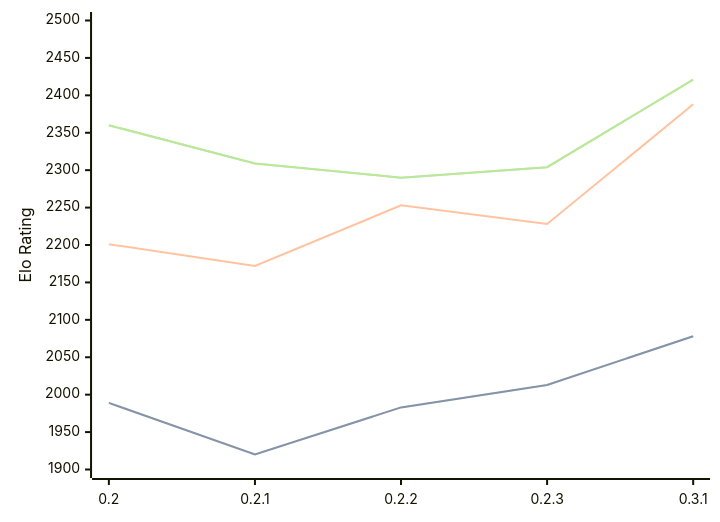
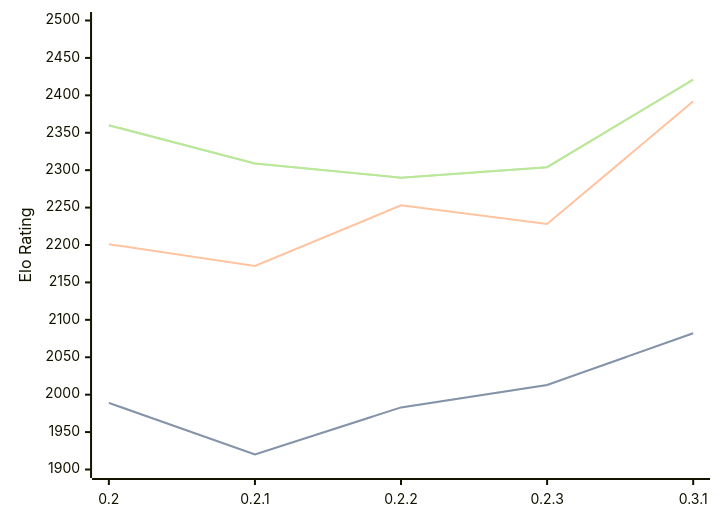
Before and after one commit to computer-chess-index/cci: the diagram in engines/Lolbot.md, drawn with Mermaid. The commit also changed other lines of this file, not shown here.

````diff
--- a/engines/Lolbot.md
+++ b/engines/Lolbot.md
@@ -36,11 +36,11 @@
 ```mermaid
 %%{init: {"theme":"base","themeVariables":{"seriesColors:['#a3a3a3','#222221','#faa371']}}}%%
 xychart-beta
   x-axis ["0.2", "0.2.1", "0.2.2", "0.2.3", "0.3.1"]
   y-axis "Elo Rating" 1900 --> 2500
-  line "STC (8.0+0.08s)" [1989, 1920, 1983, 2013, 2078]
-  line "STC (8.0+0.08s)" [1989, 1920, 1983, 2013, 2078]
-  line "LTC (60.0+0.60s)" [2201, 2172, 2253, 2228, 2388]
+  line "STC (8.0+0.08s)" [1989, 1920, 1983, 2013, 2082]
+  line "STC (8.0+0.08s)" [1989, 1920, 1983, 2013, 2082]
+  line "LTC (60.0+0.60s)" [2201, 2172, 2253, 2228, 2392]
   line "VLTC (2m24s+1.12s)" [2360, 2309, 2290, 2304, 2421]
   line "VLTC (2m24s+1.12s)" [2360, 2309, 2290, 2304, 2421]
 ```
````
